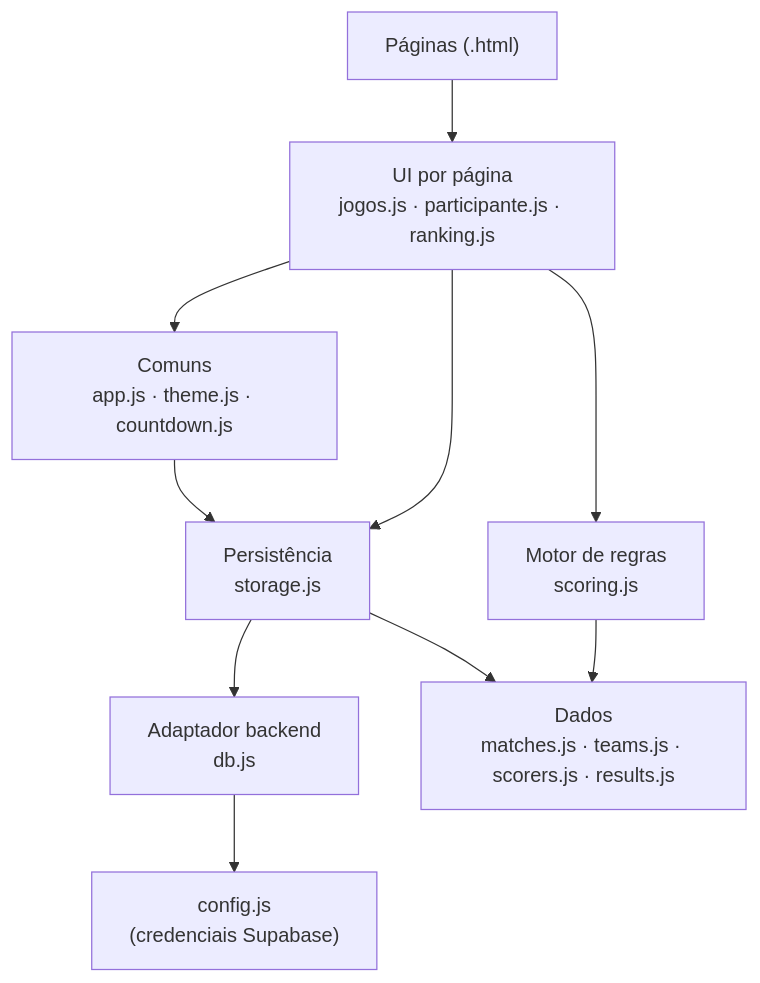
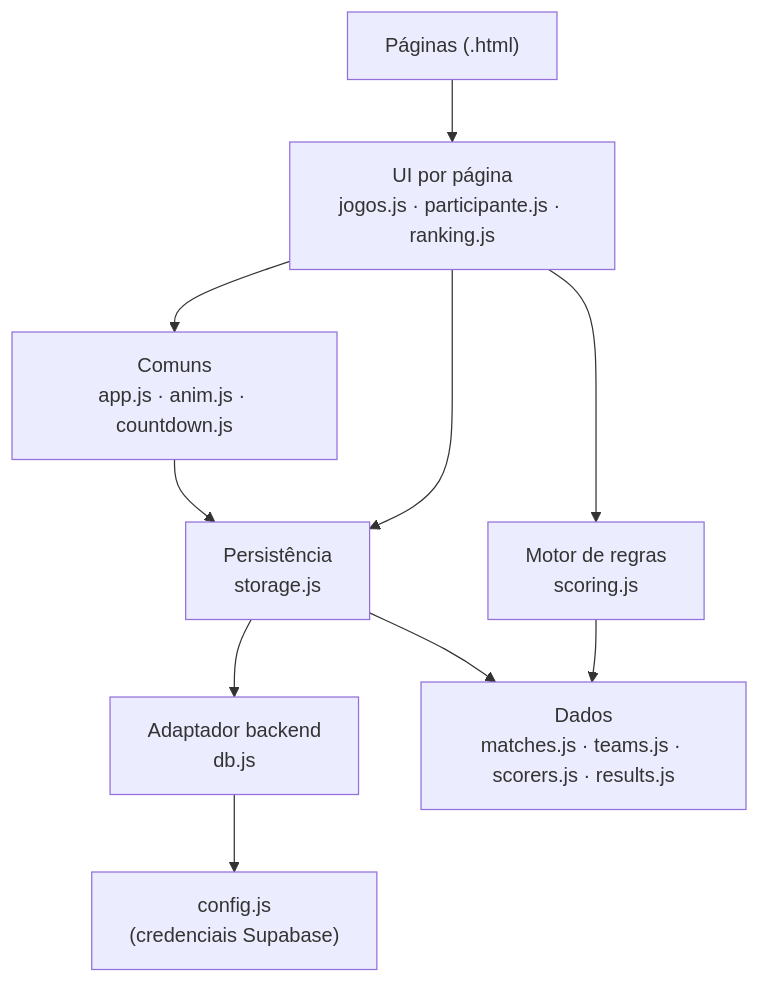
One commit to BsKrieger/bolao-cdm changed the second of 8 diagrams in DOCUMENTACAO.md. Above: the diagram before and after it, drawn with Mermaid. The commit also changed other lines of this file and 36 other files, not shown here.

````diff
--- a/DOCUMENTACAO.md
+++ b/DOCUMENTACAO.md
@@ -103,12 +103,12 @@
 ```mermaid
 graph TD
     P["Páginas (.html)"] --> UI
     UI["UI por página<br/>jogos.js · participante.js · ranking.js"] --> COM
     UI --> SCORE["Motor de regras<br/>scoring.js"]
     UI --> STORE["Persistência<br/>storage.js"]
-    COM["Comuns<br/>app.js · theme.js · countdown.js"] --> STORE
+    COM["Comuns<br/>app.js · anim.js · countdown.js"] --> STORE
     STORE --> DBAD["Adaptador backend<br/>db.js"]
     SCORE --> DATA
     STORE --> DATA["Dados<br/>matches.js · teams.js · scorers.js · results.js"]
     DBAD --> CFG["config.js<br/>(credenciais Supabase)"]
 ```
````
